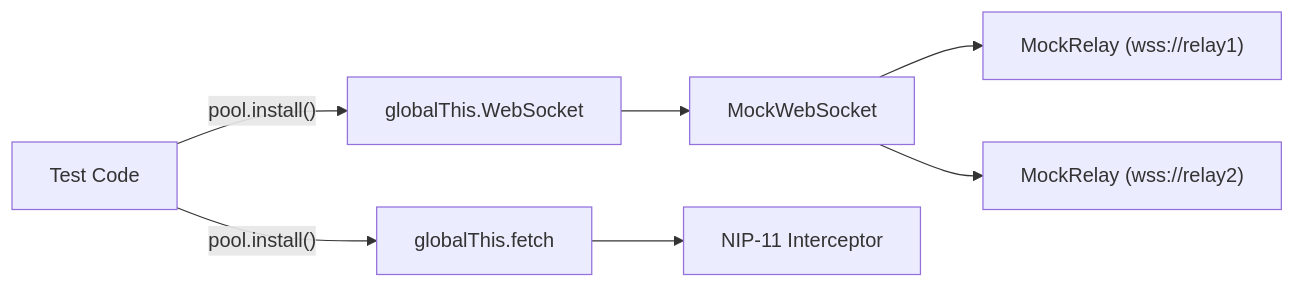
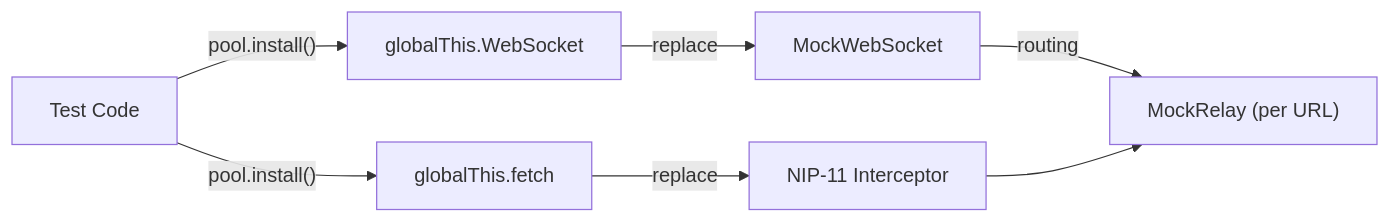
The first of 15 diagrams in docs/en/reference/architecture.md (ikuradon/tsunagiya), drawn with Mermaid before and after one commit. The commit also changed other lines of this file and 12 other files, not shown here.

First line of the commit message:
fix: architecture.md の日英齟齬を解消し未使用ファイルを削除

````diff
--- a/docs/en/reference/architecture.md
+++ b/docs/en/reference/architecture.md
@@ -12,17 +12,9 @@
 ```mermaid
 flowchart LR
-    TC["Test Code"]
-    GWS["globalThis.WebSocket"]
-    GF["globalThis.fetch"]
-    MWS["MockWebSocket"]
-    NIP11["NIP-11 Interceptor"]
-    MR1["MockRelay (wss://relay1)"]
-    MR2["MockRelay (wss://relay2)"]
-
-    TC -->|"pool.install()"| GWS
-    TC -->|"pool.install()"| GF
-    GWS --> MWS
-    GF --> NIP11
-    MWS --> MR1
-    MWS --> MR2
+    TC["Test Code"] -->|"pool.install()"| GWS["globalThis.WebSocket"]
+    TC -->|"pool.install()"| GF["globalThis.fetch"]
+    GWS -->|"replace"| MWS["MockWebSocket"]
+    GF -->|"replace"| NIP11["NIP-11 Interceptor"]
+    MWS -->|"routing"| MR["MockRelay (per URL)"]
+    NIP11 --> MR
 ```
````
